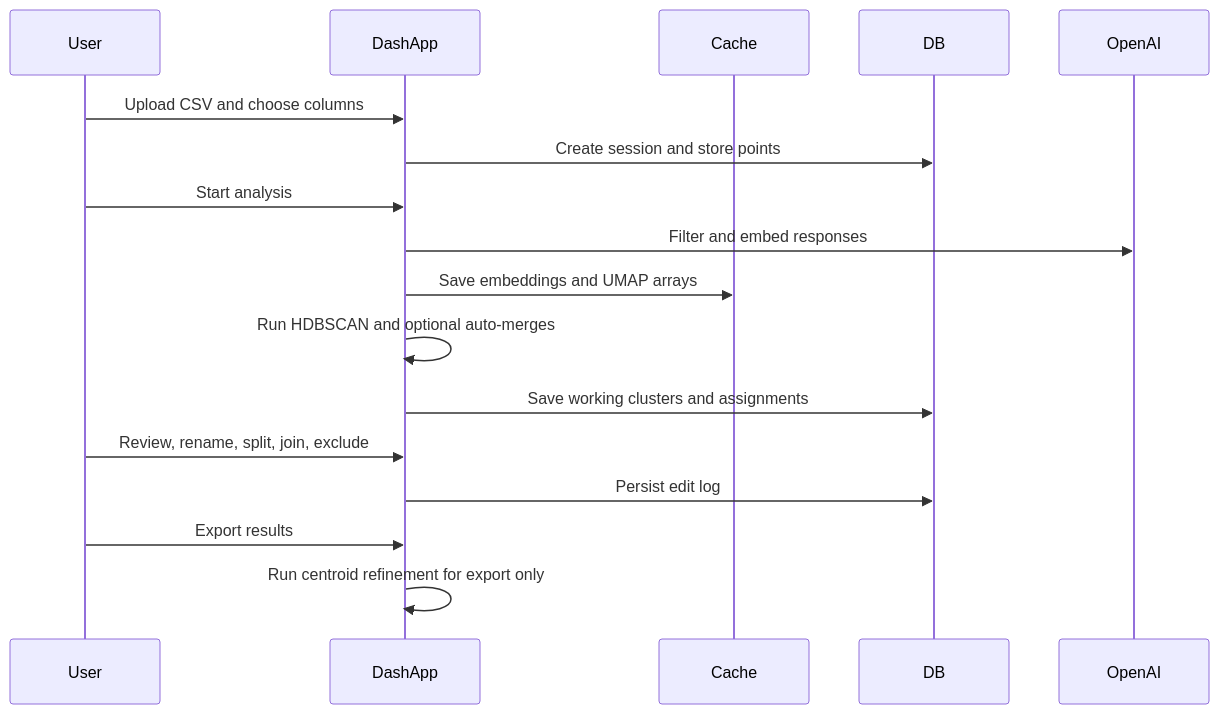
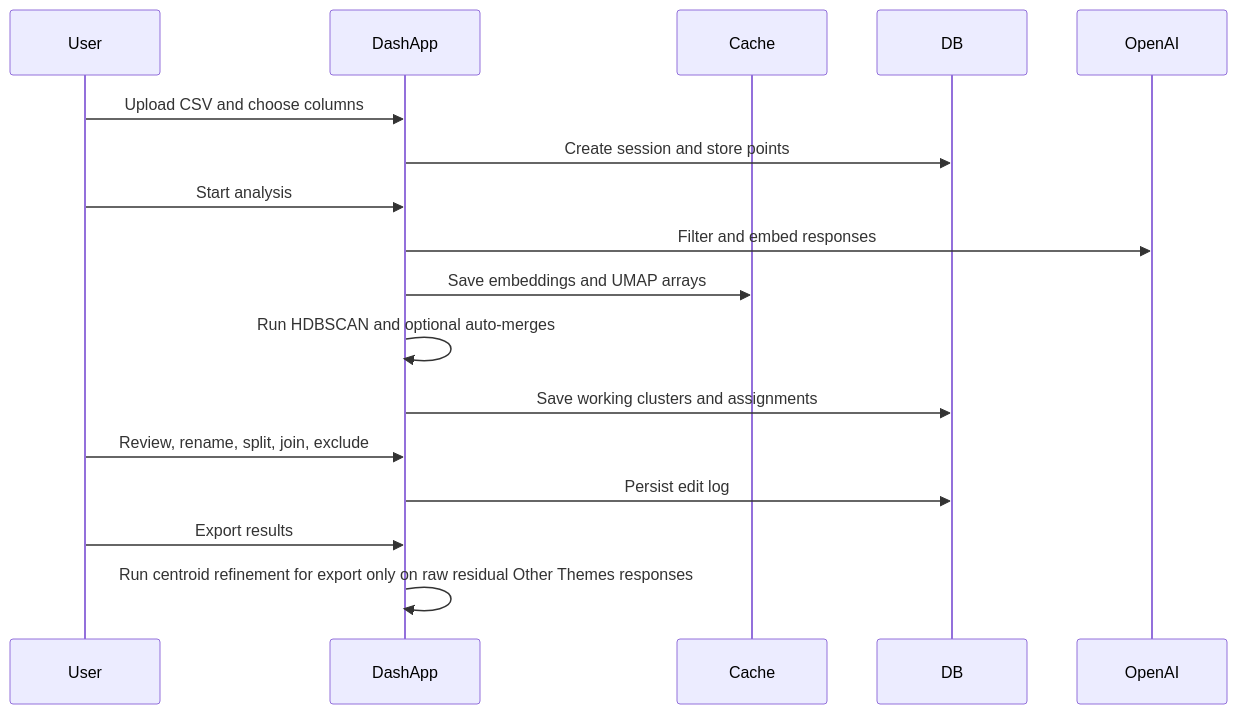
Before and after one commit to sp-tech-team/clustering-ai-survey-analysis: the third of 3 diagrams in README.md, drawn with Mermaid. The commit also changed other lines of this file and 11 other files, not shown here.

````diff
--- a/README.md
+++ b/README.md
@@ -225,20 +226,20 @@
 ```mermaid
 sequenceDiagram
 	participant User
 	participant DashApp
 	participant Cache
 	participant DB
 	participant OpenAI
 
 	User->>DashApp: Upload CSV and choose columns
 	DashApp->>DB: Create session and store points
 	User->>DashApp: Start analysis
 	DashApp->>OpenAI: Filter and embed responses
 	DashApp->>Cache: Save embeddings and UMAP arrays
 	DashApp->>DashApp: Run HDBSCAN and optional auto-merges
 	DashApp->>DB: Save working clusters and assignments
 	User->>DashApp: Review, rename, split, join, exclude
 	DashApp->>DB: Persist edit log
 	User->>DashApp: Export results
-	DashApp->>DashApp: Run centroid refinement for export only
+	DashApp->>DashApp: Run centroid refinement for export only on raw residual Other Themes responses
 ```
````
